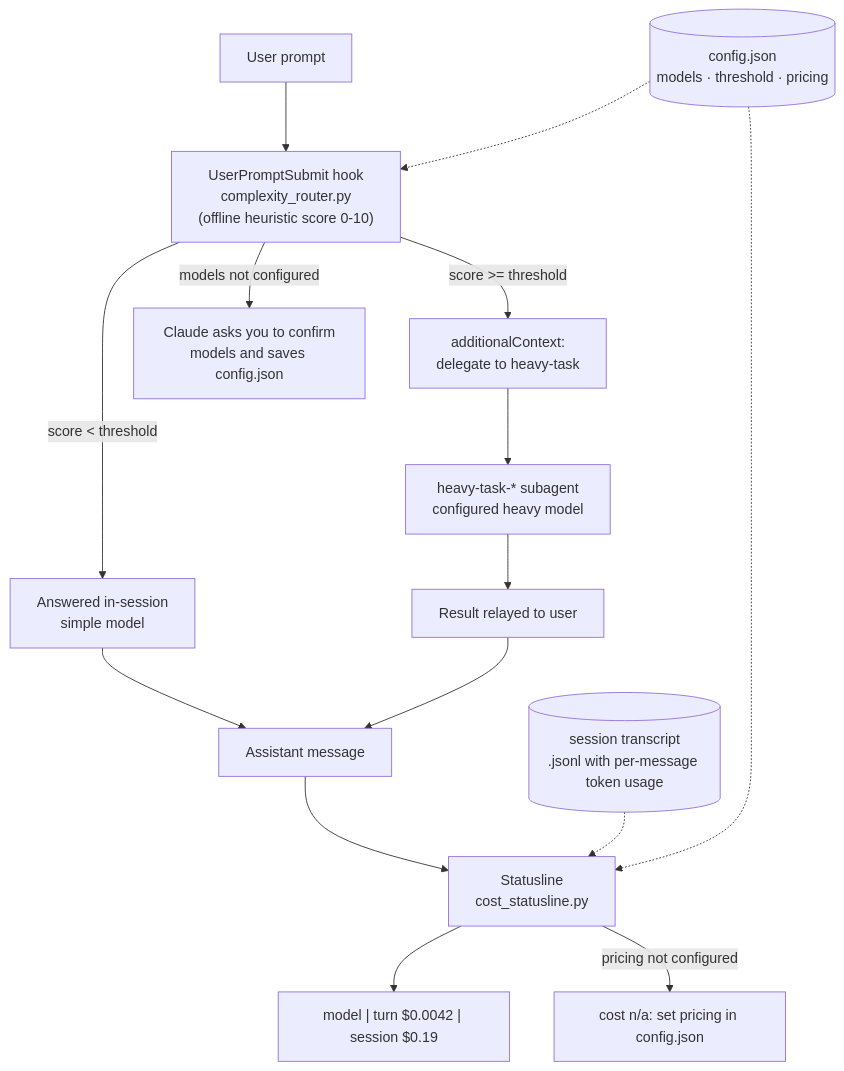
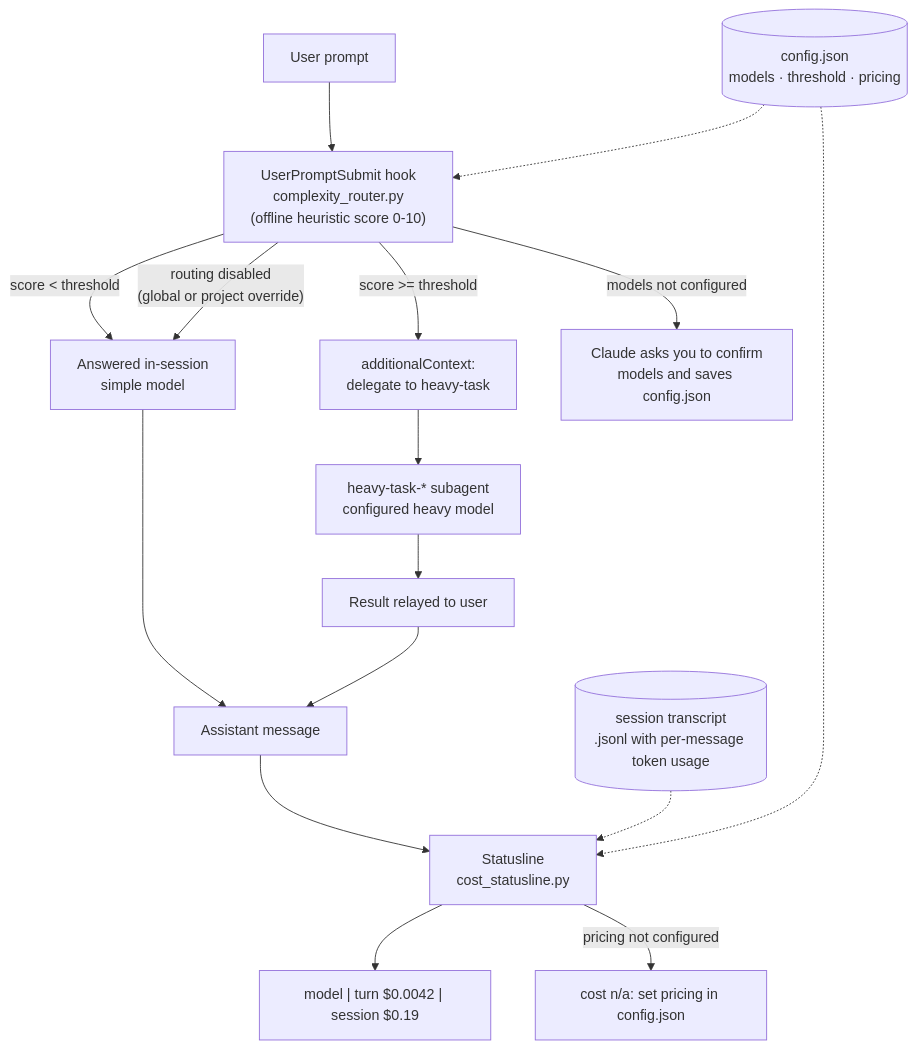
Before and after one commit to jig21nesh/model-switcher: the first of 2 diagrams in README.md, drawn with Mermaid. The commit also changed other lines of this file and 5 other files, not shown here.

Commit message:
add routing toggle and per-project override

````diff
--- a/README.md
+++ b/README.md
@@ -213,24 +214,25 @@
 ```mermaid
 flowchart TD
     U[User prompt] --> H["UserPromptSubmit hook<br/>complexity_router.py<br/>(offline heuristic score 0-10)"]
 
     C[("config.json<br/>models · threshold · pricing")] -.-> H
 
     H -->|"score < threshold"| S["Answered in-session<br/>simple model"]
     H -->|"score >= threshold"| D["additionalContext:<br/>delegate to heavy-task"]
     H -->|"models not configured"| Q["Claude asks you to confirm<br/>models and saves config.json"]
+    H -->|"routing disabled<br/>(global or project override)"| S
 
     D --> A["heavy-task-* subagent<br/>configured heavy model"]
     A --> R[Result relayed to user]
 
     S --> T[Assistant message]
     R --> T
 
     T --> SL["Statusline<br/>cost_statusline.py"]
 
     TR[("session transcript<br/>.jsonl with per-message token usage")] -.-> SL
     C -.-> SL
 
     SL --> OUT["model | turn $0.0042 | session $0.19"]
     SL -->|"pricing not configured"| WARN["cost n/a: set pricing in config.json"]
 ```
````
